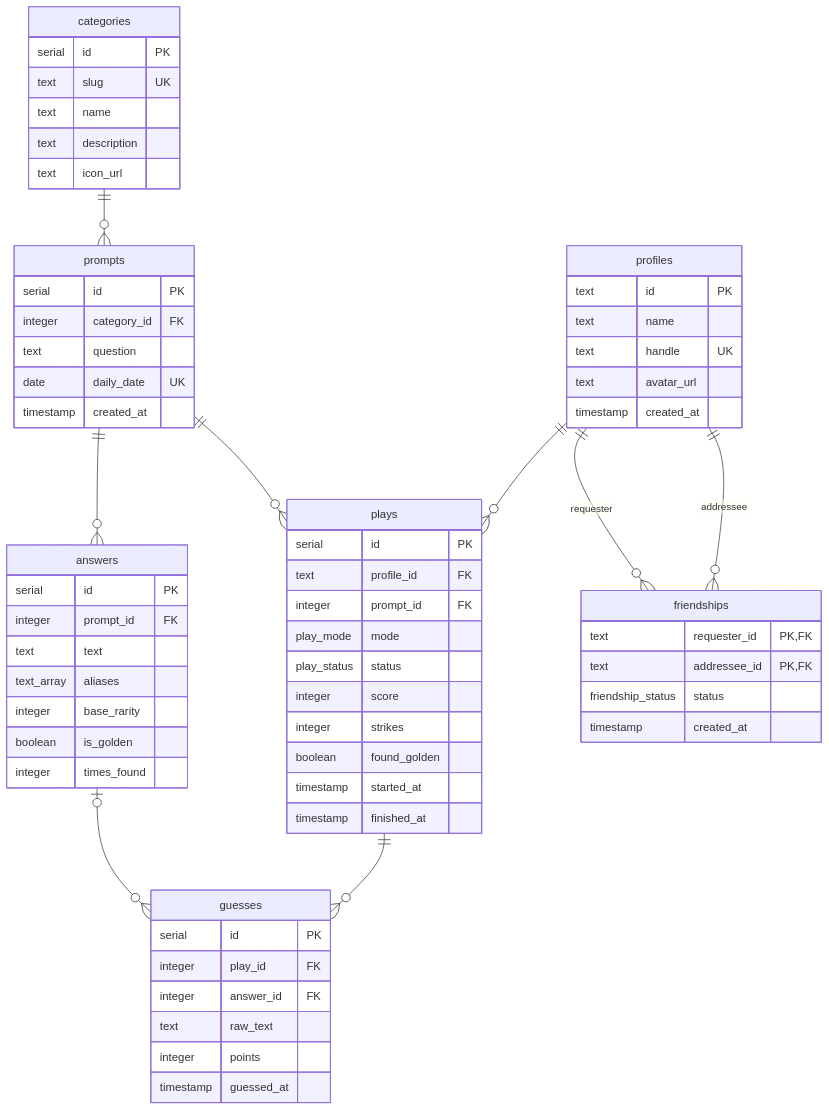
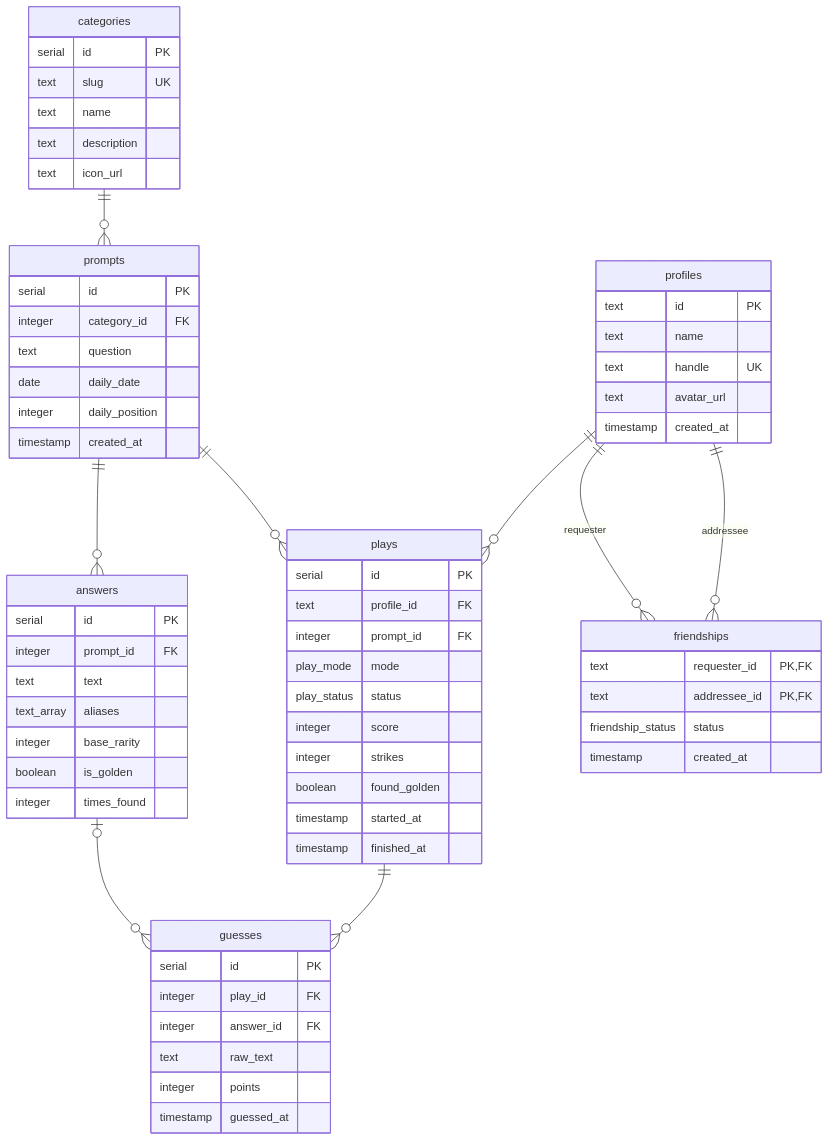
One commit to maxwellhu9/tarillion changed the diagram in docs/SCHEMA_AND_API.md. Above: the diagram before and after it, drawn with Mermaid. The commit also changed other lines of this file and 1 other file, not shown here.

Commit message:
Docs: three daily prompts, Golden Ram is a niche, rare answer

````diff
--- a/docs/SCHEMA_AND_API.md
+++ b/docs/SCHEMA_AND_API.md
@@ -11,68 +11,69 @@
 ```mermaid
 erDiagram
     categories ||--o{ prompts : ""
     prompts ||--o{ answers : ""
     prompts ||--o{ plays : ""
     profiles ||--o{ plays : ""
     plays ||--o{ guesses : ""
     answers |o--o{ guesses : ""
     profiles ||--o{ friendships : "requester"
     profiles ||--o{ friendships : "addressee"
 
     profiles {
         text id PK
         text name
         text handle UK
         text avatar_url
         timestamp created_at
     }
     categories {
         serial id PK
         text slug UK
         text name
         text description
         text icon_url
     }
     prompts {
         serial id PK
         integer category_id FK
         text question
-        date daily_date UK
+        date daily_date
+        integer daily_position
         timestamp created_at
     }
     answers {
         serial id PK
         integer prompt_id FK
         text text
         text_array aliases
         integer base_rarity
         boolean is_golden
         integer times_found
     }
     plays {
         serial id PK
         text profile_id FK
         integer prompt_id FK
         play_mode mode
         play_status status
         integer score
         integer strikes
         boolean found_golden
         timestamp started_at
         timestamp finished_at
     }
     guesses {
         serial id PK
         integer play_id FK
         integer answer_id FK
         text raw_text
         integer points
         timestamp guessed_at
     }
     friendships {
         text requester_id PK, FK
         text addressee_id PK, FK
         friendship_status status
         timestamp created_at
     }
 ```
````
